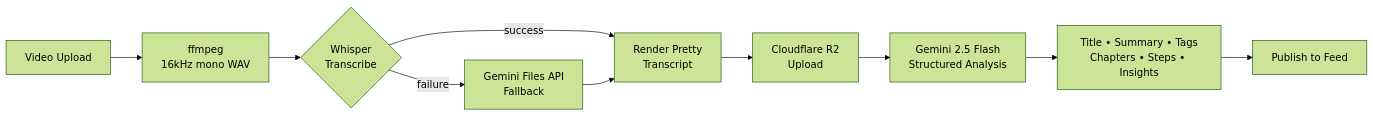
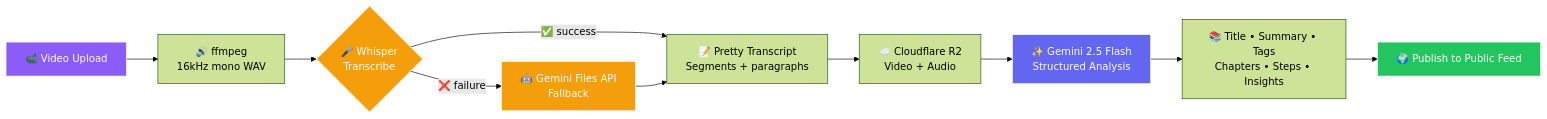
The diagram in README.md (iamadarsha/LMS-Platform), drawn with Mermaid (forest theme) before and after one commit. The commit also changed other lines of this file, not shown here.

````diff
--- a/README.md
+++ b/README.md
@@ -78,12 +234,18 @@
 ```mermaid
 flowchart LR
-    A[Video Upload] --> B[ffmpeg<br/>16kHz mono WAV]
-    B --> C{Whisper<br/>Transcribe}
-    C -->|success| E[Render Pretty<br/>Transcript]
-    C -->|failure| D[Gemini Files API<br/>Fallback]
+    A[📹 Video Upload] --> B[🔊 ffmpeg<br/>16kHz mono WAV]
+    B --> C{🎤 Whisper<br/>Transcribe}
+    C -->|✅ success| E[📝 Pretty Transcript<br/>Segments + paragraphs]
+    C -->|❌ failure| D[🤖 Gemini Files API<br/>Fallback]
     D --> E
-    E --> F[Cloudflare R2<br/>Upload]
-    F --> G[Gemini 2.5 Flash<br/>Structured Analysis]
-    G --> H[Title • Summary • Tags<br/>Chapters • Steps • Insights]
-    H --> I[Publish to Feed]
+    E --> F[☁️ Cloudflare R2<br/>Video + Audio]
+    F --> G[✨ Gemini 2.5 Flash<br/>Structured Analysis]
+    G --> H[📚 Title • Summary • Tags<br/>Chapters • Steps • Insights]
+    H --> I[🌍 Publish to Public Feed]
+
+    style A fill:#8b5cf6,stroke:#fff,color:#fff
+    style I fill:#22c55e,stroke:#fff,color:#fff
+    style C fill:#f59e0b,stroke:#fff,color:#fff
+    style D fill:#f59e0b,stroke:#fff,color:#fff
+    style G fill:#6366f1,stroke:#fff,color:#fff
 ```
````
